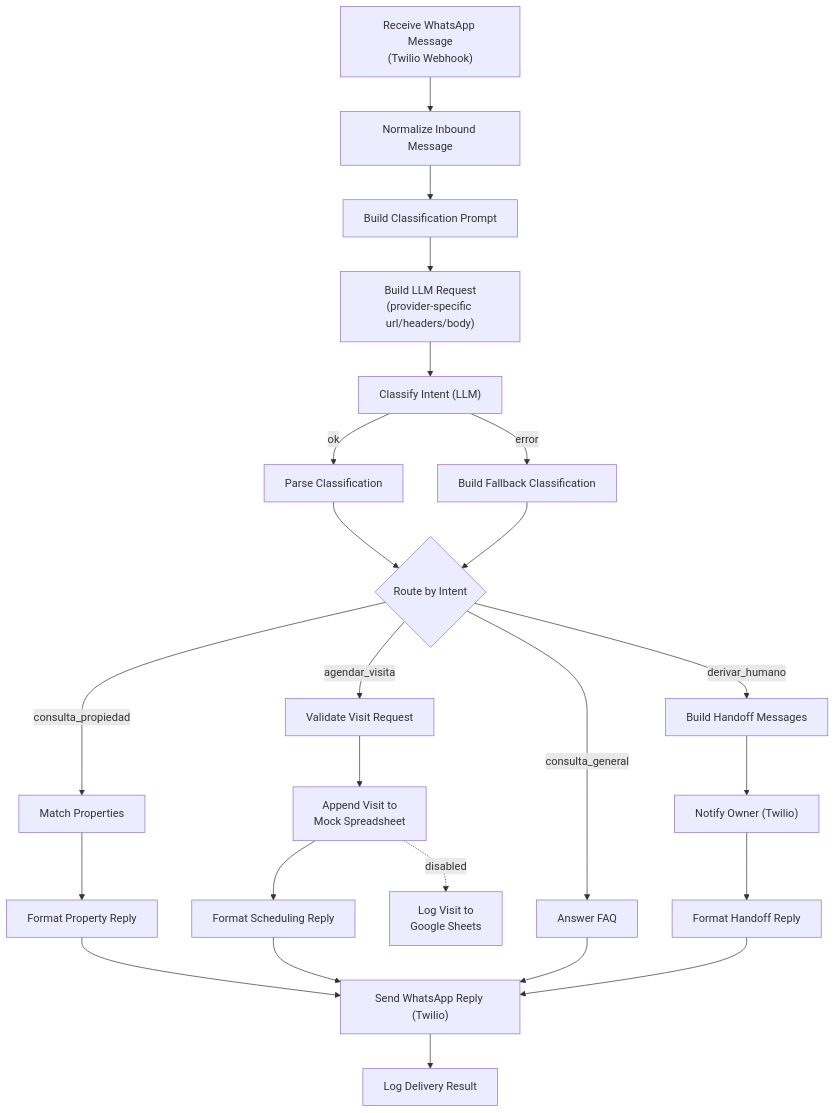
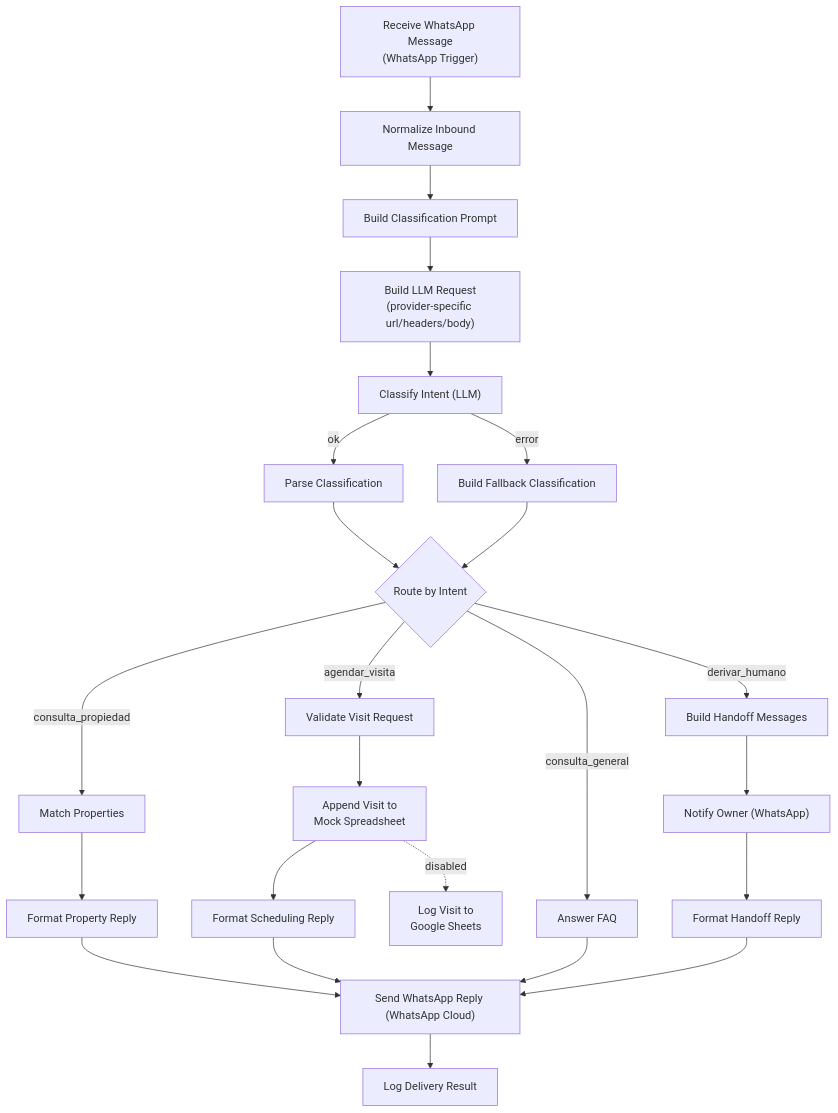
Before and after one commit to ignacionicola/automation-demos: the diagram in demos/01-whatsapp-agent/README.md, drawn with Mermaid. The commit also changed other lines of this file and 7 other files, not shown here.

````diff
--- a/demos/01-whatsapp-agent/README.md
+++ b/demos/01-whatsapp-agent/README.md
@@ -29,33 +29,33 @@
 ```mermaid
 flowchart TD
-    A["Receive WhatsApp Message<br/>(Twilio Webhook)"] --> B[Normalize Inbound Message]
+    A["Receive WhatsApp Message<br/>(WhatsApp Trigger)"] --> B[Normalize Inbound Message]
     B --> C[Build Classification Prompt]
     C --> C2["Build LLM Request<br/>(provider-specific url/headers/body)"]
     C2 --> D["Classify Intent (LLM)"]
 
     D -->|ok| E[Parse Classification]
     D -->|error| F[Build Fallback Classification]
 
     E --> G{Route by Intent}
     F --> G
 
     G -->|consulta_propiedad| H[Match Properties]
     H --> I[Format Property Reply]
 
     G -->|agendar_visita| J[Validate Visit Request]
     J --> K["Append Visit to<br/>Mock Spreadsheet"]
     K --> L[Format Scheduling Reply]
     K -.disabled.-> M["Log Visit to<br/>Google Sheets"]
 
     G -->|consulta_general| N[Answer FAQ]
 
     G -->|derivar_humano| O[Build Handoff Messages]
-    O --> P["Notify Owner (Twilio)"]
+    O --> P["Notify Owner (WhatsApp)"]
     P --> Q[Format Handoff Reply]
 
-    I --> R["Send WhatsApp Reply (Twilio)"]
+    I --> R["Send WhatsApp Reply (WhatsApp Cloud)"]
     L --> R
     N --> R
     Q --> R
     R --> S[Log Delivery Result]
 ```
````
